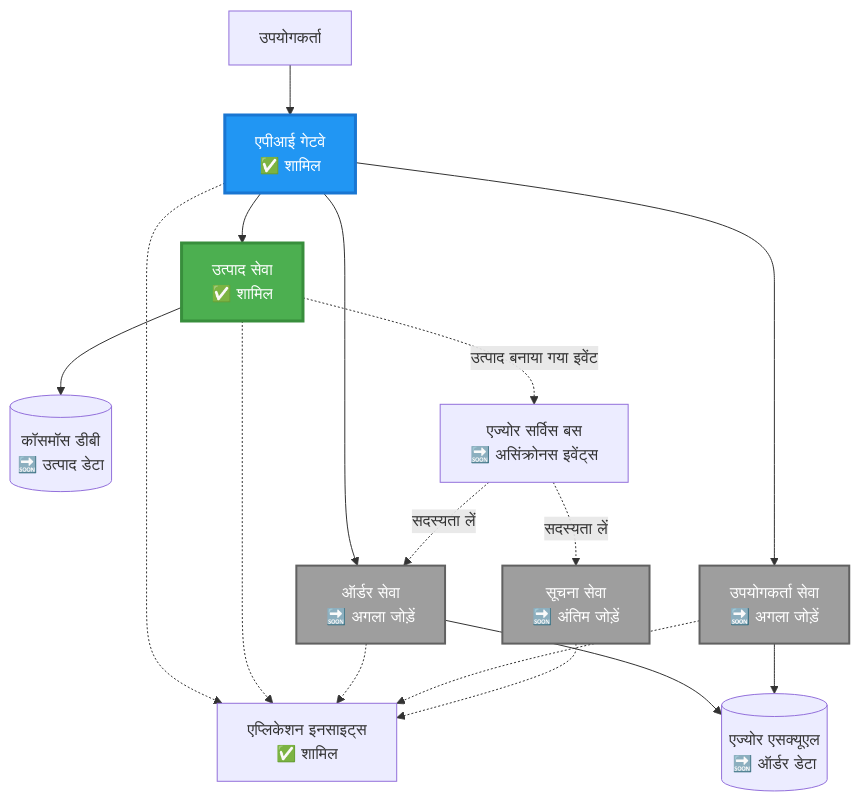
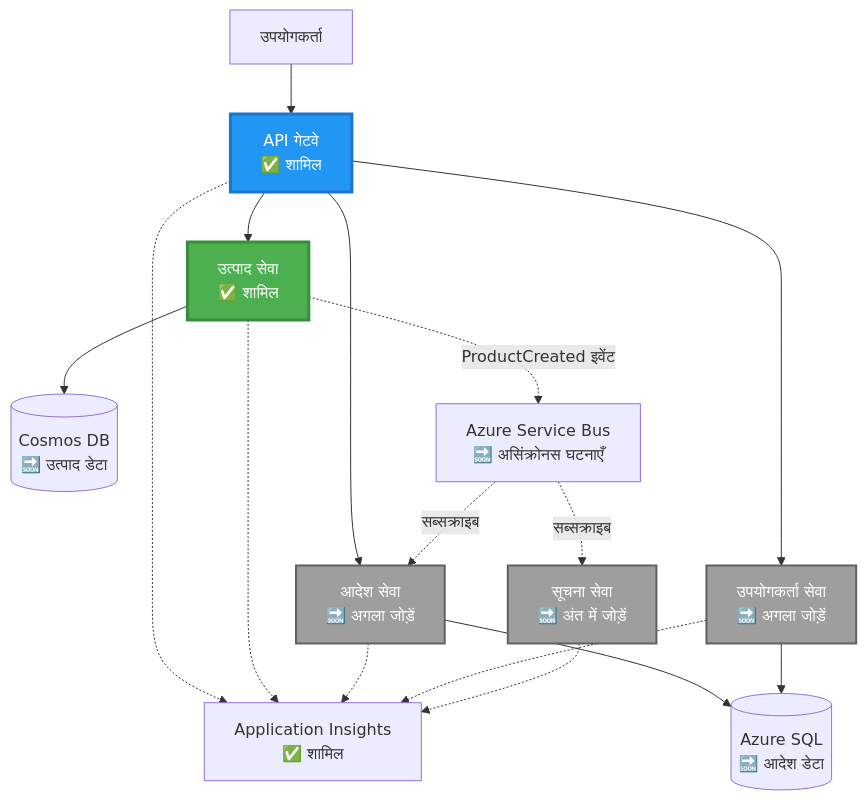
Before and after one commit to microsoft/AZD-for-beginners: the second of 4 diagrams in translations/hi/examples/microservices/README.md, drawn with Mermaid. The commit also changed other lines of this file and 242 other files, not shown here.

````diff
--- a/translations/hi/examples/microservices/README.md
+++ b/translations/hi/examples/microservices/README.md
@@ -78,39 +69,39 @@
 ```mermaid
 graph TB
     User[उपयोगकर्ता]
-    Gateway[एपीआई गेटवे<br/>✅ शामिल]
+    Gateway[API गेटवे<br/>✅ शामिल]
     Product[उत्पाद सेवा<br/>✅ शामिल]
-    Order[ऑर्डर सेवा<br/>🔜 अगला जोड़ें]
+    Order[आदेश सेवा<br/>🔜 अगला जोड़ें]
     UserSvc[उपयोगकर्ता सेवा<br/>🔜 अगला जोड़ें]
-    Notify[सूचना सेवा<br/>🔜 अंतिम जोड़ें]
+    Notify[सूचना सेवा<br/>🔜 अंत में जोड़ें]
     
-    CosmosDB[(कॉसमॉस डीबी<br/>🔜 उत्पाद डेटा)]
-    AzureSQL[(एज्योर एसक्यूएल<br/>🔜 ऑर्डर डेटा)]
-    ServiceBus[एज्योर सर्विस बस<br/>🔜 असिंक्रोनस इवेंट्स]
-    AppInsights[एप्लिकेशन इनसाइट्स<br/>✅ शामिल]
+    CosmosDB[(Cosmos DB<br/>🔜 उत्पाद डेटा)]
+    AzureSQL[(Azure SQL<br/>🔜 आदेश डेटा)]
+    ServiceBus[Azure Service Bus<br/>🔜 असिंक्रोनस घटनाएँ]
+    AppInsights[Application Insights<br/>✅ शामिल]
     
     User --> Gateway
     Gateway --> Product
     Gateway --> Order
     Gateway --> UserSvc
     
     Product --> CosmosDB
     Order --> AzureSQL
     UserSvc --> AzureSQL
     
-    Product -.->|उत्पाद बनाया गया इवेंट| ServiceBus
-    ServiceBus -.->|सदस्यता लें| Notify
-    ServiceBus -.->|सदस्यता लें| Order
+    Product -.->|ProductCreated इवेंट| ServiceBus
+    ServiceBus -.->|सब्सक्राइब| Notify
+    ServiceBus -.->|सब्सक्राइब| Order
     
     Gateway -.-> AppInsights
     Product -.-> AppInsights
     Order -.-> AppInsights
     UserSvc -.-> AppInsights
     Notify -.-> AppInsights
     
     style Product fill:#4CAF50,stroke:#388E3C,stroke-width:3px,color:#fff
     style Gateway fill:#2196F3,stroke:#1976D2,stroke-width:3px,color:#fff
     style Order fill:#9E9E9E,stroke:#616161,stroke-width:2px,color:#fff
     style UserSvc fill:#9E9E9E,stroke:#616161,stroke-width:2px,color:#fff
     style Notify fill:#9E9E9E,stroke:#616161,stroke-width:2px,color:#fff
 ```
````
